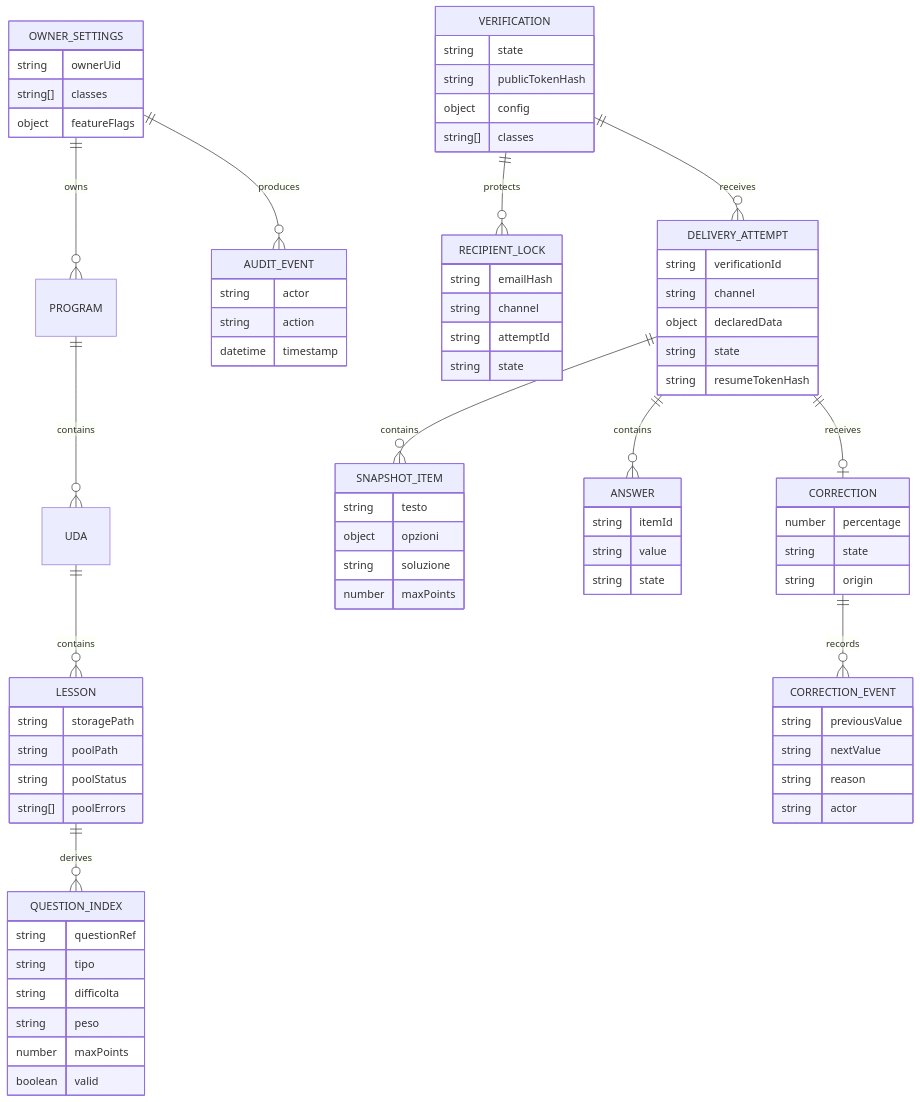
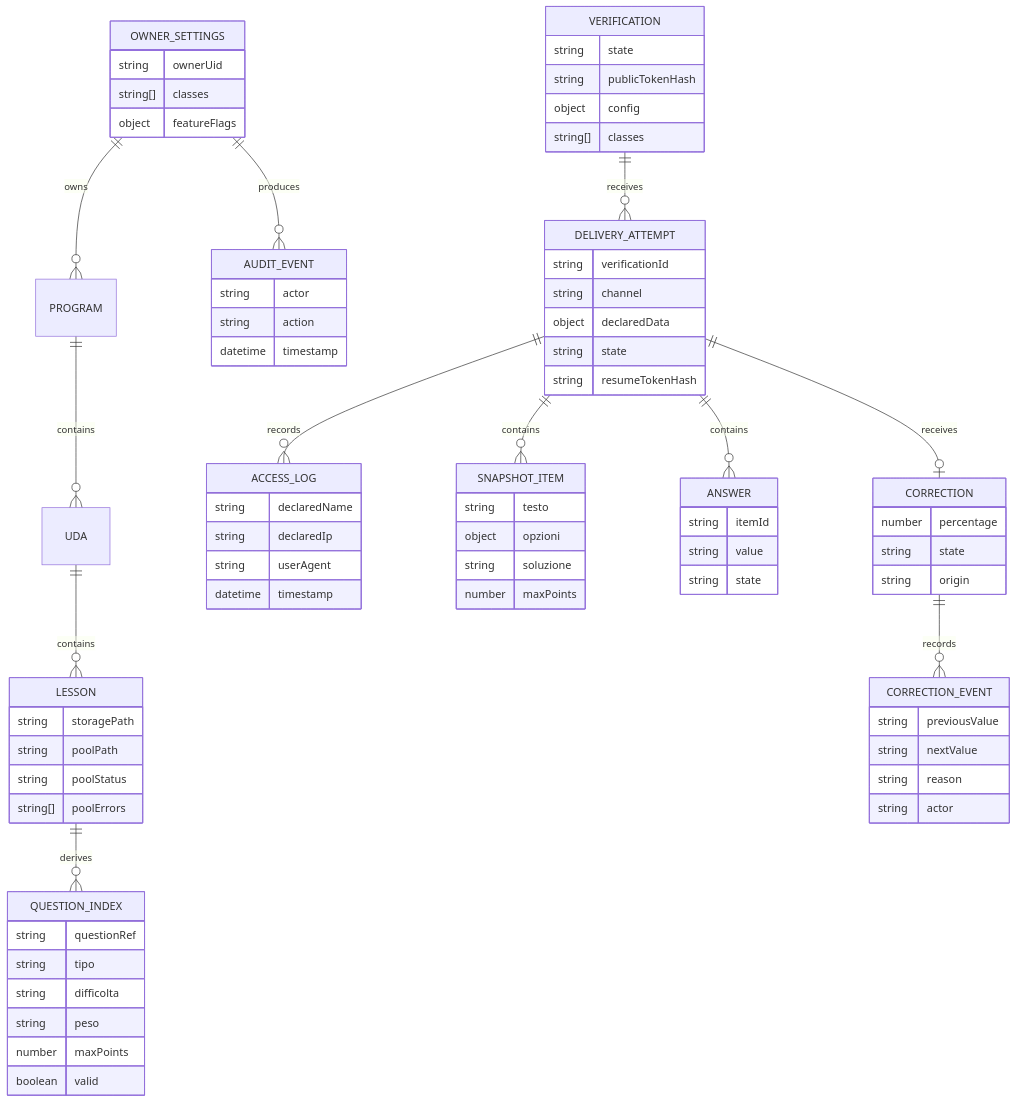
The diagram in documentazione/diagrammi/er-model.md (EnricoPaparo/SchoolForge), drawn with Mermaid before and after one commit. The commit also changed other lines of this file and 4 other files, not shown here.

````diff
--- a/documentazione/diagrammi/er-model.md
+++ b/documentazione/diagrammi/er-model.md
@@ -3,80 +3,80 @@
 ```mermaid
 erDiagram
     OWNER_SETTINGS ||--o{ PROGRAM : owns
     PROGRAM ||--o{ UDA : contains
     UDA ||--o{ LESSON : contains
     LESSON ||--o{ QUESTION_INDEX : derives
-    VERIFICATION ||--o{ RECIPIENT_LOCK : protects
     VERIFICATION ||--o{ DELIVERY_ATTEMPT : receives
+    DELIVERY_ATTEMPT ||--o{ ACCESS_LOG : records
     DELIVERY_ATTEMPT ||--o{ SNAPSHOT_ITEM : contains
     DELIVERY_ATTEMPT ||--o{ ANSWER : contains
     DELIVERY_ATTEMPT ||--o| CORRECTION : receives
     CORRECTION ||--o{ CORRECTION_EVENT : records
     OWNER_SETTINGS ||--o{ AUDIT_EVENT : produces
 
     OWNER_SETTINGS {
         string ownerUid
         string[] classes
         object featureFlags
     }
     LESSON {
         string storagePath
         string poolPath
         string poolStatus
         string[] poolErrors
     }
     QUESTION_INDEX {
         string questionRef
         string tipo
         string difficolta
         string peso
         number maxPoints
         boolean valid
     }
     VERIFICATION {
         string state
         string publicTokenHash
         object config
         string[] classes
     }
-    RECIPIENT_LOCK {
-        string emailHash
-        string channel
-        string attemptId
-        string state
-    }
     DELIVERY_ATTEMPT {
         string verificationId
         string channel
         object declaredData
         string state
         string resumeTokenHash
+    }
+    ACCESS_LOG {
+        string declaredName
+        string declaredIp
+        string userAgent
+        datetime timestamp
     }
     SNAPSHOT_ITEM {
         string testo
         object opzioni
         string soluzione
         number maxPoints
     }
     ANSWER {
         string itemId
         string value
         string state
     }
     CORRECTION {
         number percentage
         string state
         string origin
     }
     CORRECTION_EVENT {
         string previousValue
         string nextValue
         string reason
         string actor
     }
     AUDIT_EVENT {
         string actor
         string action
         datetime timestamp
     }
 ```
````
